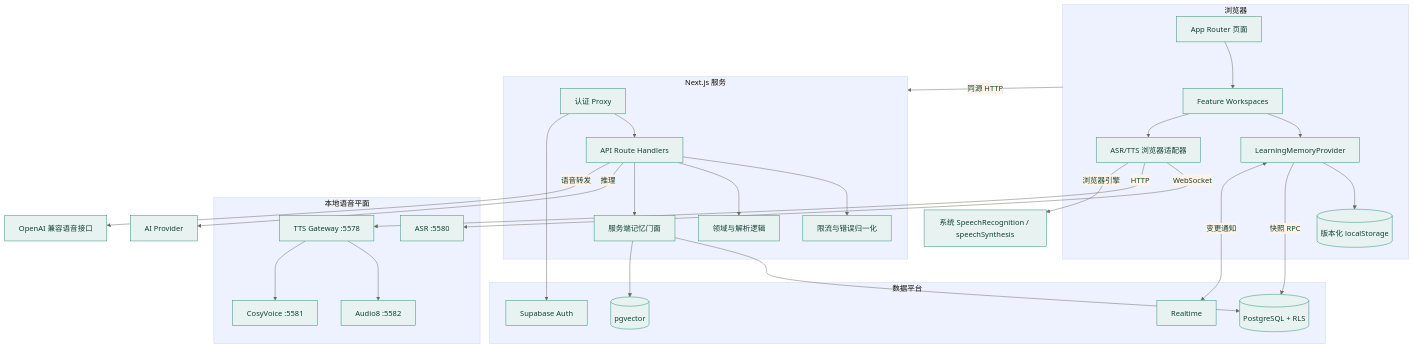
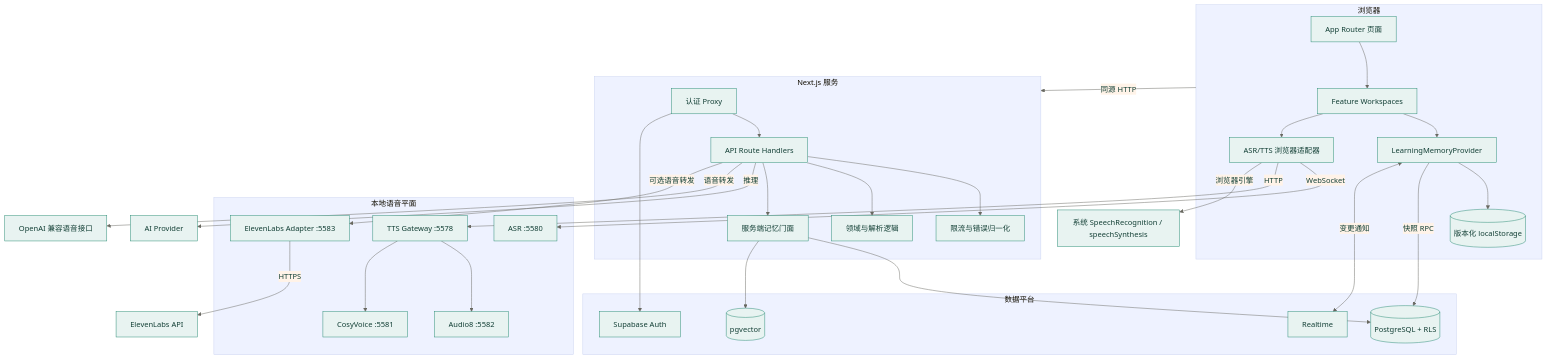
One commit to chaos-design/moss changed the second of 7 diagrams in docs/architecture.md. Above: the diagram before and after it, drawn with Mermaid. The commit also changed other lines of this file and 24 other files, not shown here.

Commit message:
feat(backend): add optional ElevenLabs speech adapter

````diff
--- a/docs/architecture.md
+++ b/docs/architecture.md
@@ -36,55 +38,58 @@
 ```mermaid
 %%{init: {"theme":"base","themeVariables":{"primaryColor":"#E8F3F1","primaryTextColor":"#123F35","primaryBorderColor":"#258A72","lineColor":"#686860","secondaryColor":"#FFF3E8","tertiaryColor":"#EEF2FF"}}}%%
 flowchart TB
     subgraph Browser[浏览器]
         Pages[App Router 页面]
         Workspaces[Feature Workspaces]
         Provider[LearningMemoryProvider]
         Local[(版本化 localStorage)]
         Speech[ASR/TTS 浏览器适配器]
         Pages --> Workspaces
         Workspaces --> Provider
         Provider --> Local
         Workspaces --> Speech
     end
 
     subgraph Next[Next.js 服务]
         Proxy[认证 Proxy]
         Routes[API Route Handlers]
         Domain[领域与解析逻辑]
         MemoryFacade[服务端记忆门面]
         Limits[限流与错误归一化]
         Proxy --> Routes
         Routes --> Limits
         Routes --> Domain
         Routes --> MemoryFacade
     end
 
     subgraph Data[数据平台]
         Auth[Supabase Auth]
         Database[(PostgreSQL + RLS)]
         Vector[(pgvector)]
         Realtime[Realtime]
     end
 
     subgraph Voice[本地语音平面]
         ASR[ASR :5580]
         Gateway[TTS Gateway :5578]
         Audio8[Audio8 :5582]
         CosyVoice[CosyVoice :5581]
+        ElevenLabs[ElevenLabs Adapter :5583]
         Gateway --> Audio8
         Gateway --> CosyVoice
     end
 
     Browser -->|同源 HTTP| Next
     Proxy --> Auth
     Provider -->|快照 RPC| Database
     Provider <-->|变更通知| Realtime
     MemoryFacade --> Database
     MemoryFacade --> Vector
     Routes -->|推理| AI[AI Provider]
     Routes -->|语音转发| VoiceAPI[OpenAI 兼容语音接口]
+    Routes -->|可选语音转发| ElevenLabs
+    ElevenLabs -->|HTTPS| ElevenLabsApi[ElevenLabs API]
     Speech -->|WebSocket| ASR
     Speech -->|HTTP| Gateway
     Speech -->|浏览器引擎| WebSpeech[系统 SpeechRecognition / speechSynthesis]
 ```
````
